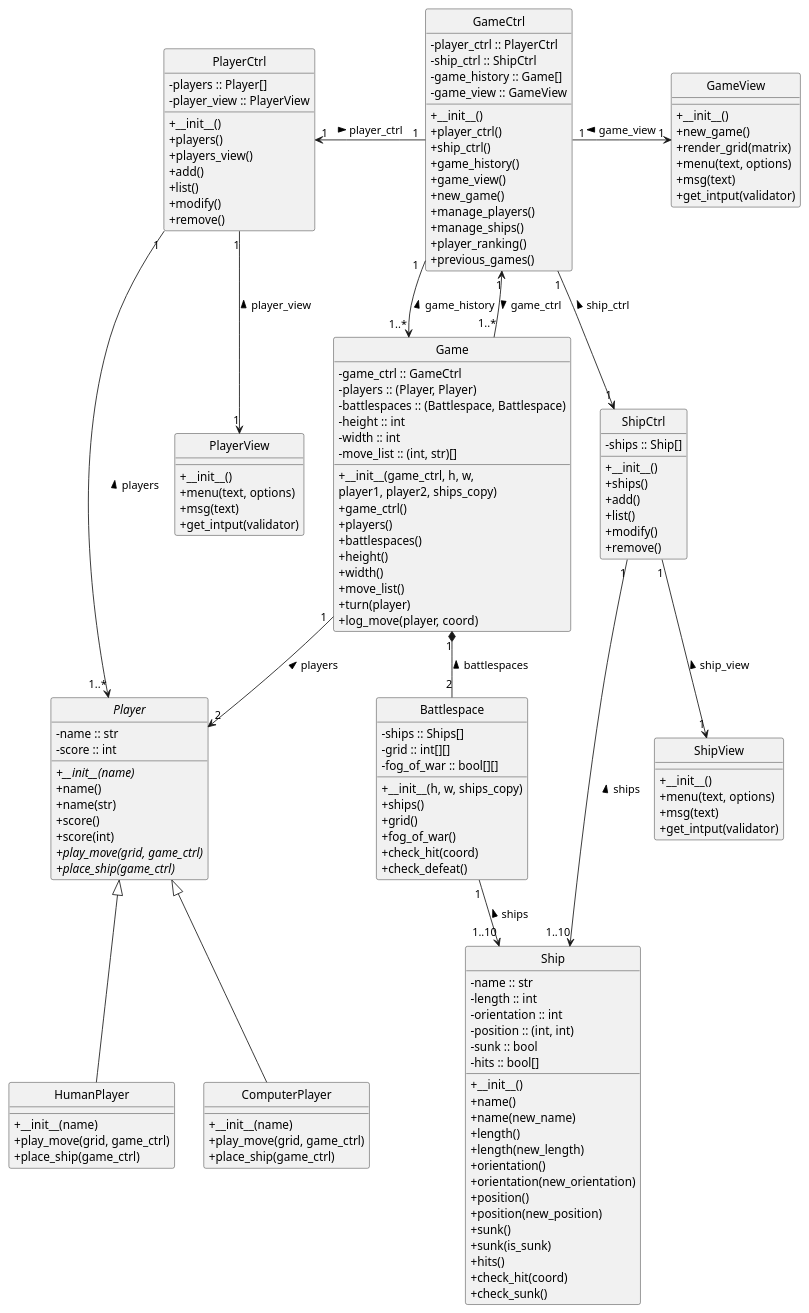
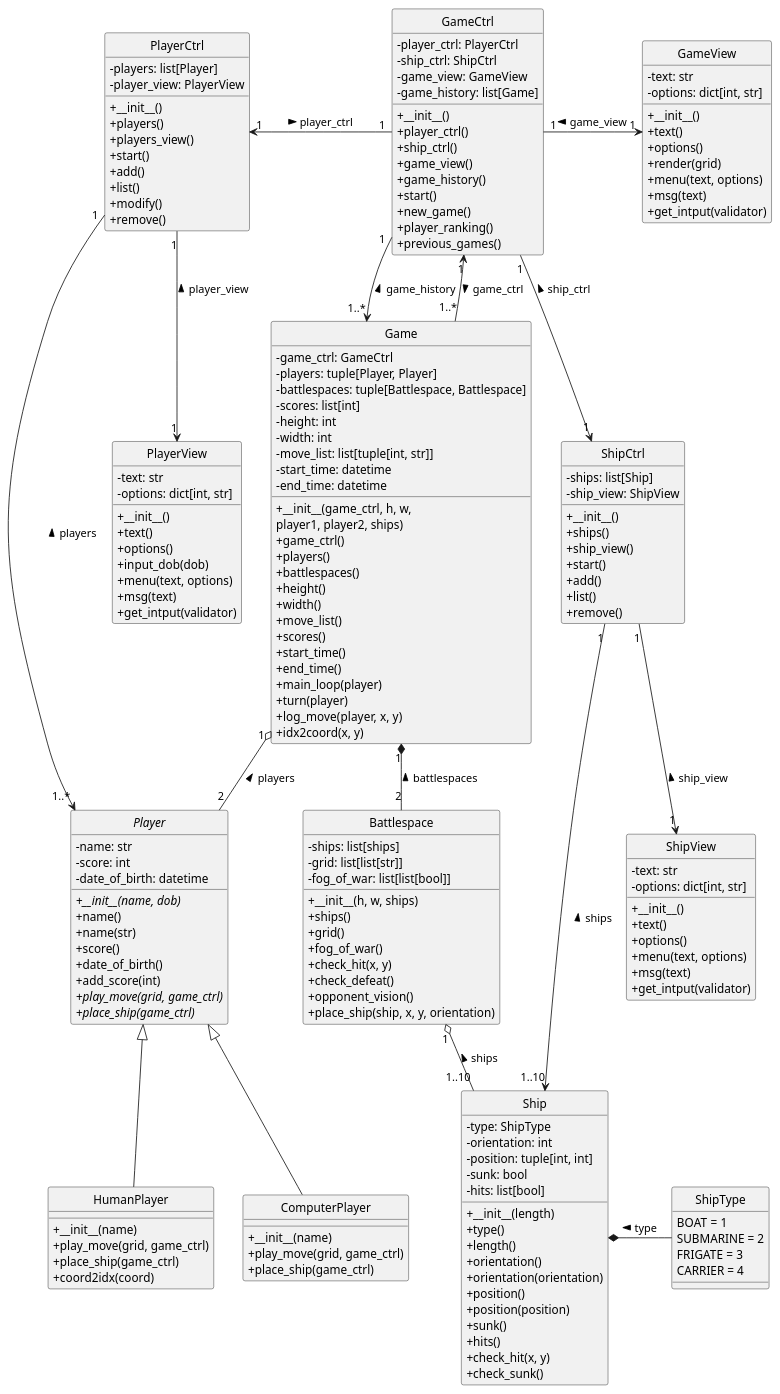
The diagram in class_diagram.puml (leoniro/battleship), drawn with PlantUML before and after one commit. The commit also changed 1 other file, not shown here.

Commit message:
uml updated

```diff
--- a/class_diagram.puml
+++ b/class_diagram.puml
@@ -1,169 +1,200 @@
 @startuml battleship_class_diagram
 
 skinparam classAttributeIconSize 0
 'left to right direction
 hide circle
 
 class Game {
-    - game_ctrl :: GameCtrl
-    - players :: (Player, Player) {field}
-    - battlespaces :: (Battlespace, Battlespace) {field}
-    - height :: int
-    - width :: int
-    - move_list :: (int, str)[] {field}
+    - game_ctrl: GameCtrl
+    - players: tuple[Player, Player]
+    - battlespaces: tuple[Battlespace, Battlespace]
+    - scores: list[int]
+    - height: int
+    - width: int
+    - move_list: list[tuple[int, str]]
+    - start_time: datetime
+    - end_time: datetime
     + __init__(game_ctrl, h, w,
-            player1, player2, ships_copy)
+            player1, player2, ships)
     + game_ctrl()
     + players()
     + battlespaces()
     + height()
     + width()
     + move_list()
+    + scores()
+    + start_time()
+    + end_time()
+    + main_loop(player)
     + turn(player)
-    + log_move(player, coord)
+    + log_move(player, x, y)
+    + idx2coord(x, y)
 }
 
 class GameCtrl {
-    - player_ctrl :: PlayerCtrl
-    - ship_ctrl :: ShipCtrl
-    - game_history :: Game[]
-    - game_view :: GameView
+    - player_ctrl: PlayerCtrl
+    - ship_ctrl: ShipCtrl
+    - game_view: GameView
+    - game_history: list[Game]
     + __init__()
     + player_ctrl()
     + ship_ctrl()
+    + game_view()
     + game_history()
-    + game_view()
+    + start()
     + new_game()
-    + manage_players()
-    + manage_ships()
     + player_ranking()
     + previous_games()
 }
 
 class GameView {
+    - text: str
+    - options: dict[int, str]
     + __init__()
-    + new_game()
-    + render_grid(matrix)
+    + text()
+    + options()
+    + render(grid)
     + menu(text, options)
     + msg(text)
     + get_intput(validator)
 }
 
 class Battlespace {
-    - ships :: Ships[]
-    - grid :: int[][]
-    - fog_of_war :: bool[][]
-    + __init__(h, w, ships_copy)
+    - ships: list[ships]
+    - grid: list[list[str]]
+    - fog_of_war: list[list[bool]]
+    + __init__(h, w, ships)
     + ships()
     + grid()
     + fog_of_war()
-    + check_hit(coord)
+    + check_hit(x, y)
     + check_defeat()
+    + opponent_vision()
+    + place_ship(ship, x, y, orientation)
 }
 
 class Ship {
-    - name :: str
-    - length :: int
-    - orientation :: int
-    - position :: (int, int) {field}
-    - sunk :: bool
-    - hits :: bool[]
-    + __init__()
-    + name()
-    + name(new_name)
+    - type: ShipType
+    - orientation: int
+    - position: tuple[int, int]
+    - sunk: bool
+    - hits: list[bool]
+    + __init__(length)
+    + type()
     + length()
-    + length(new_length)
     + orientation()
-    + orientation(new_orientation)
+    + orientation(orientation)
     + position()
-    + position(new_position)
+    + position(position)
     + sunk()
-    + sunk(is_sunk)
     + hits()
-    + check_hit(coord)
+    + check_hit(x, y)
     + check_sunk()
 }
 
+enum ShipType {
+    BOAT = 1
+    SUBMARINE = 2
+    FRIGATE = 3
+    CARRIER = 4
+}
+
 class ShipCtrl{
-    - ships :: Ship[]
+    - ships: list[Ship]
+    - ship_view: ShipView
     + __init__()
     + ships()
+    + ship_view()
+    + start()
     + add()
     + list()
-    + modify()
     + remove()
 }
 
 class ShipView {
+    - text: str
+    - options: dict[int, str]
     + __init__()
+    + text()
+    + options()
     + menu(text, options)
     + msg(text)
     + get_intput(validator)
-    
 }
 
 class PlayerCtrl {
-    - players :: Player[]
-    - player_view :: PlayerView
+    - players: list[Player]
+    - player_view: PlayerView
     + __init__()
     + players()
     + players_view()
+    + start()
     + add()
     + list()
     + modify()
     + remove()
 }
 
 abstract class Player {
-    - name :: str
-    - score :: int
-    + __init__(name) {abstract}
+    - name: str
+    - score: int
+    - date_of_birth: datetime
+    + __init__(name, dob) {abstract}
     + name()
     + name(str)
     + score()
-    + score(int)
+    + date_of_birth()
+    + add_score(int)
     + play_move(grid, game_ctrl) {abstract}
     + place_ship(game_ctrl) {abstract}
 }
 
 class PlayerView {
+    - text: str
+    - options: dict[int, str]
     + __init__()
+    + text()
+    + options()
+    + input_dob(dob)
     + menu(text, options)
     + msg(text)
     + get_intput(validator)
 }
 
 class HumanPlayer {
     + __init__(name)
     + play_move(grid, game_ctrl)
     + place_ship(game_ctrl)
+    + coord2idx(coord)
 }
+
 class ComputerPlayer {
     + __init__(name)
     + play_move(grid, game_ctrl)
     + place_ship(game_ctrl)
 }
 
 
 GameCtrl "1" --> "1..*" Game : game_history <
 GameCtrl "1" <-- "1..*" Game : game_ctrl >
 GameCtrl "1" -r-> "1" GameView : game_view <
 
 GameCtrl "1" -l-> "1" PlayerCtrl : player_ctrl <
 GameCtrl "1" --> "1" ShipCtrl : ship_ctrl <
 
 PlayerCtrl "1" --> "1..*" Player : players <
 PlayerCtrl "1" --> "1" PlayerView : player_view <
 
-Game "1" --> "2" Player : players <
+Game "1" o-- "2" Player : players <
 
 Player <|-- HumanPlayer
 Player <|-- ComputerPlayer
 
 Game "1" *-- "2" Battlespace : battlespaces <
 
 ShipCtrl "1" --> "1..10" Ship : ships <
 ShipCtrl "1" --> "1" ShipView : ship_view <
-Battlespace "1" --> "1..10" Ship : ships <
+Battlespace "1" o-- "1..10" Ship : ships <
 
+Ship *-r ShipType : type <
 @enduml
```
